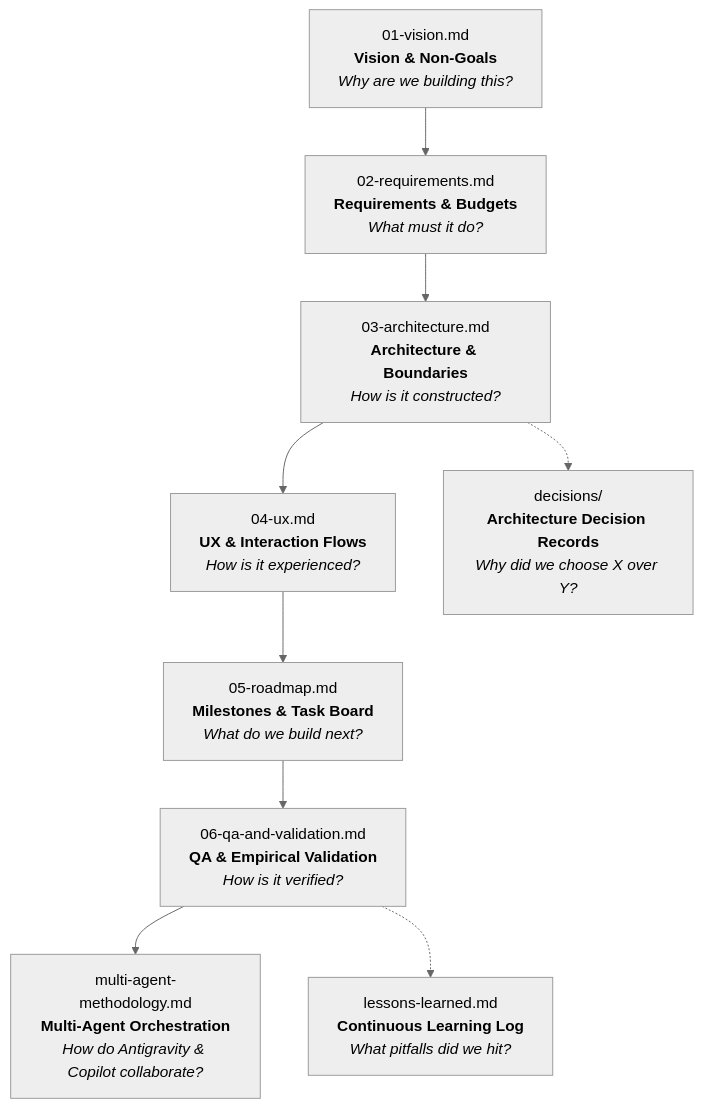
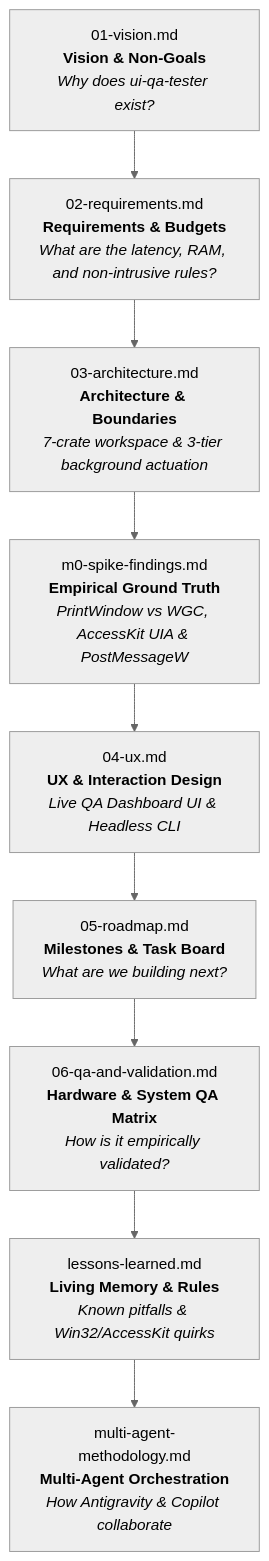
Before and after one commit to dooperdrew/ui-qa-tester: the diagram in docs/README.md, drawn with Mermaid (neutral theme). The commit also changed other lines of this file and 24 other files, not shown here.

Commit message:
feat(release): v0.2.0 — UX onboarding wizard, responsive dashboard, self-test QA matrix & architecture explorer

````diff
--- a/docs/README.md
+++ b/docs/README.md
@@ -13,21 +13,21 @@
 ```mermaid
 flowchart TD
-    D1["01-vision.md<br/><b>Vision & Non-Goals</b><br/><i>Why are we building this?</i>"]
-    D2["02-requirements.md<br/><b>Requirements & Budgets</b><br/><i>What must it do?</i>"]
-    D3["03-architecture.md<br/><b>Architecture & Boundaries</b><br/><i>How is it constructed?</i>"]
-    D4["04-ux.md<br/><b>UX & Interaction Flows</b><br/><i>How is it experienced?</i>"]
-    D5["05-roadmap.md<br/><b>Milestones & Task Board</b><br/><i>What do we build next?</i>"]
-    D6["06-qa-and-validation.md<br/><b>QA & Empirical Validation</b><br/><i>How is it verified?</i>"]
-    METH["multi-agent-methodology.md<br/><b>Multi-Agent Orchestration</b><br/><i>How do Antigravity & Copilot collaborate?</i>"]
-    ADR["decisions/<br/><b>Architecture Decision Records</b><br/><i>Why did we choose X over Y?</i>"]
-    LL["lessons-learned.md<br/><b>Continuous Learning Log</b><br/><i>What pitfalls did we hit?</i>"]
+    D1["01-vision.md<br/><b>Vision & Non-Goals</b><br/><i>Why does ui-qa-tester exist?</i>"]
+    D2["02-requirements.md<br/><b>Requirements & Budgets</b><br/><i>What are the latency, RAM, and non-intrusive rules?</i>"]
+    D3["03-architecture.md<br/><b>Architecture & Boundaries</b><br/><i>7-crate workspace & 3-tier background actuation</i>"]
+    D4["m0-spike-findings.md<br/><b>Empirical Ground Truth</b><br/><i>PrintWindow vs WGC, AccessKit UIA & PostMessageW</i>"]
+    D5["04-ux.md<br/><b>UX & Interaction Design</b><br/><i>Live QA Dashboard UI & Headless CLI</i>"]
+    D6["05-roadmap.md<br/><b>Milestones & Task Board</b><br/><i>What are we building next?</i>"]
+    D7["06-qa-and-validation.md<br/><b>Hardware & System QA Matrix</b><br/><i>How is it empirically validated?</i>"]
+    D8["lessons-learned.md<br/><b>Living Memory & Rules</b><br/><i>Known pitfalls & Win32/AccessKit quirks</i>"]
+    D9["multi-agent-methodology.md<br/><b>Multi-Agent Orchestration</b><br/><i>How Antigravity & Copilot collaborate</i>"]
 
     D1 --> D2
     D2 --> D3
     D3 --> D4
     D4 --> D5
     D5 --> D6
-    D6 --> METH
-    D3 -.-> ADR
-    D6 -.-> LL
+    D6 --> D7
+    D7 --> D8
+    D8 --> D9
 ```
````
